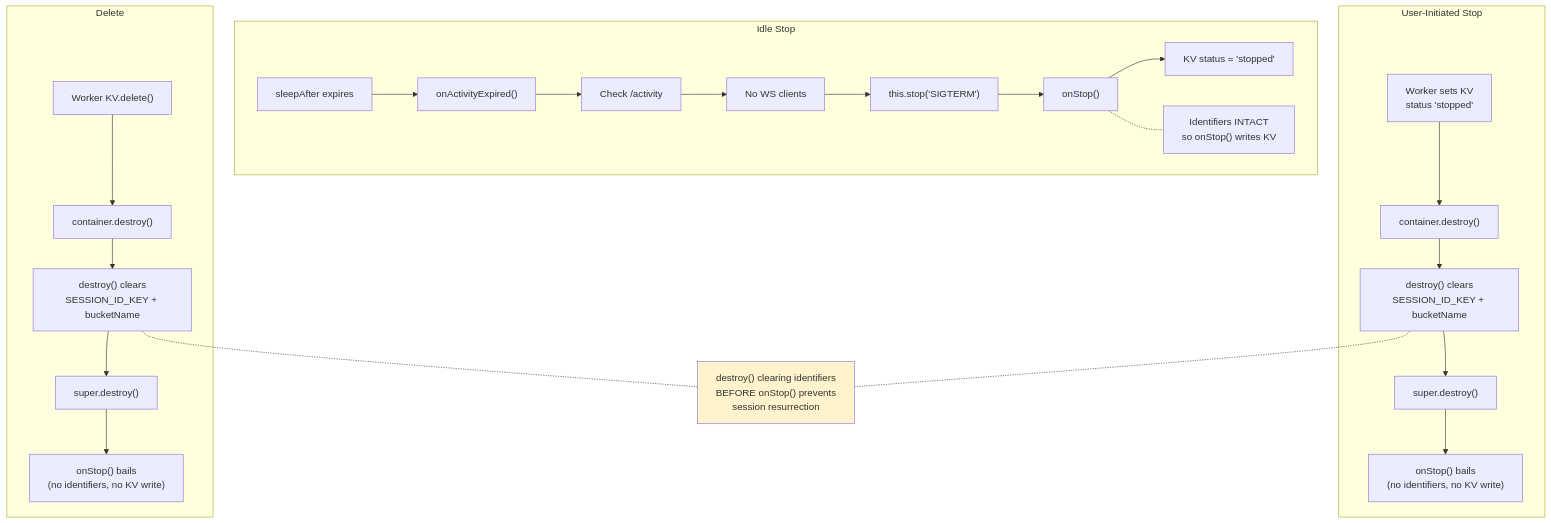
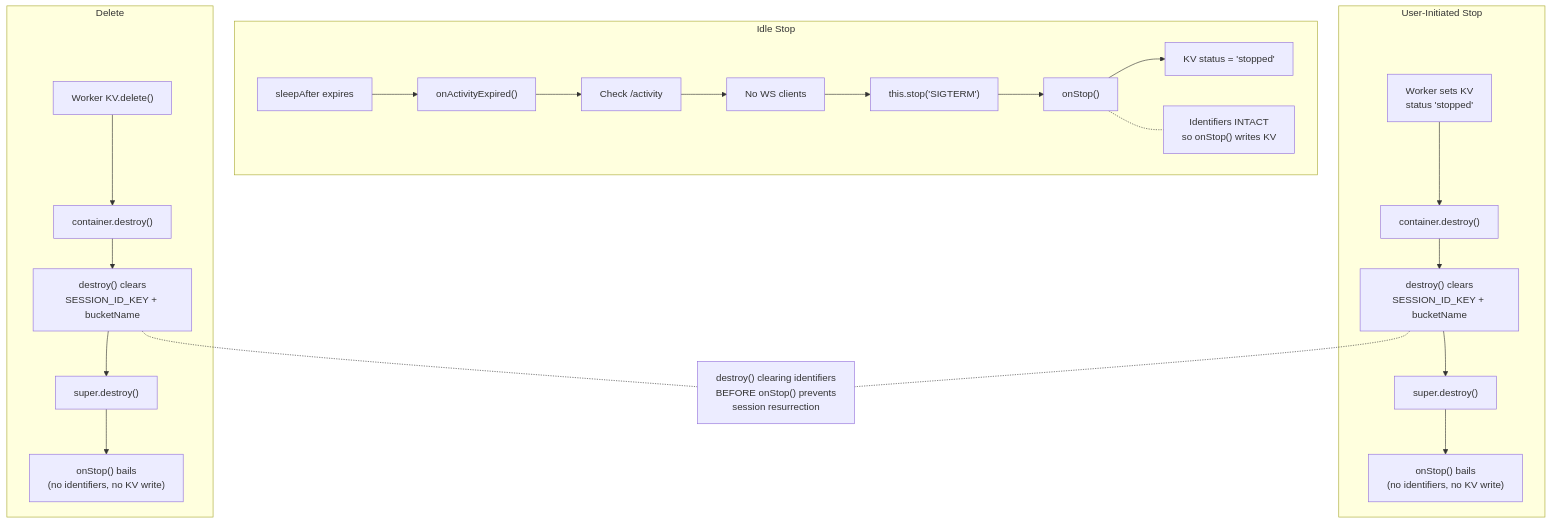
Before and after one commit to nikolanovoselec/codeflare: the eighth of 12 diagrams in TECHNICAL.md, drawn with Mermaid. The commit also changed other lines of this file, not shown here.

First line of the commit message:
Remove custom color styles from mermaid diagrams

````diff
--- a/TECHNICAL.md
+++ b/TECHNICAL.md
@@ -441,31 +439,30 @@
 ```mermaid
 flowchart TD
     subgraph Idle["Idle Stop"]
         I1["sleepAfter expires"] --> I2["onActivityExpired()"]
         I2 --> I3["Check /activity"]
         I3 --> I4["No WS clients"]
         I4 --> I5["this.stop('SIGTERM')"]
         I5 --> I6["onStop()"]
         I6 --> I7["KV status = 'stopped'"]
         I6 -.- IN["Identifiers INTACT<br/>so onStop() writes KV"]
     end
 
     subgraph User["User-Initiated Stop"]
         U1["Worker sets KV<br/>status 'stopped'"] --> U2["container.destroy()"]
         U2 --> U3["destroy() clears<br/>SESSION_ID_KEY + bucketName"]
         U3 --> U4["super.destroy()"]
         U4 --> U5["onStop() bails<br/>(no identifiers, no KV write)"]
     end
 
     subgraph Del["Delete"]
         D1["Worker KV.delete()"] --> D2["container.destroy()"]
         D2 --> D3["destroy() clears<br/>SESSION_ID_KEY + bucketName"]
         D3 --> D4["super.destroy()"]
         D4 --> D5["onStop() bails<br/>(no identifiers, no KV write)"]
     end
 
     U3 -.- Key["destroy() clearing identifiers<br/>BEFORE onStop() prevents<br/>session resurrection"]
     D3 -.- Key
 
-    style Key fill:#fff3cd
 ```
````
